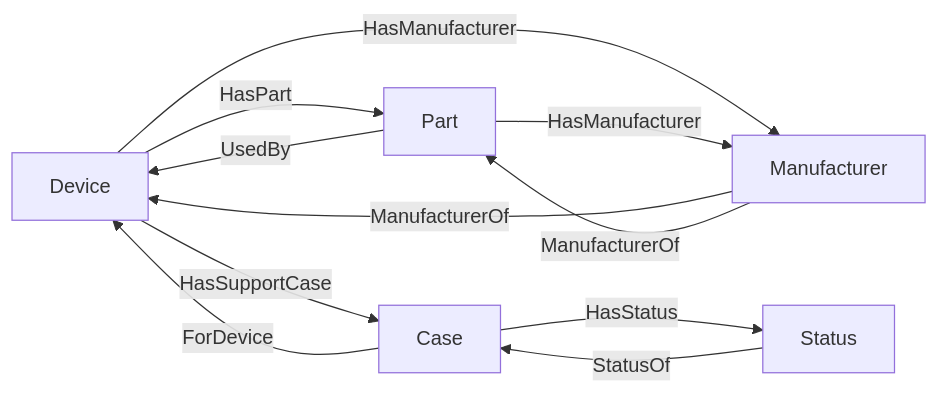
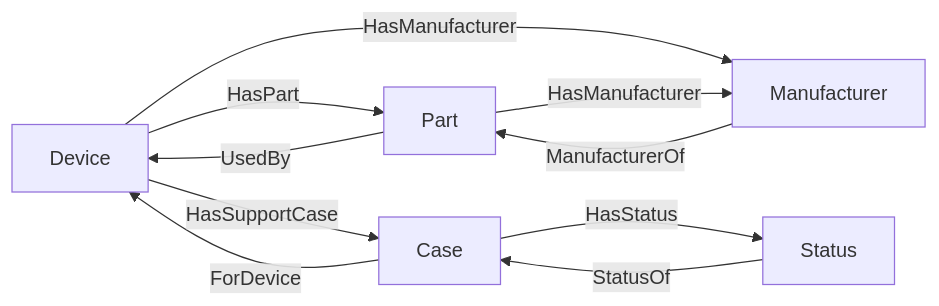
The diagram in README.md (curiosity-ai/technical-support), drawn with Mermaid before and after one commit.

````diff
--- a/README.md
+++ b/README.md
@@ -85,25 +85,24 @@
 ```mermaid
 graph LR
 
     %% Nodes
     Device["Device"]
     Part["Part"]
     SupportCase["Case"]
     Status["Status"]
     Manufacturer["Manufacturer"]
 
     Device -->|HasPart| Part
     Device -->|HasSupportCase| SupportCase
     Device -->|HasManufacturer| Manufacturer
 
     Part -->|UsedBy| Device
     Part -->|HasManufacturer| Manufacturer
 
     SupportCase -->|ForDevice| Device
     SupportCase -->|HasStatus| Status
 
     Status -->|StatusOf| SupportCase
 
-    Manufacturer -->|ManufacturerOf| Device
     Manufacturer -->|ManufacturerOf| Part
 ```
````
